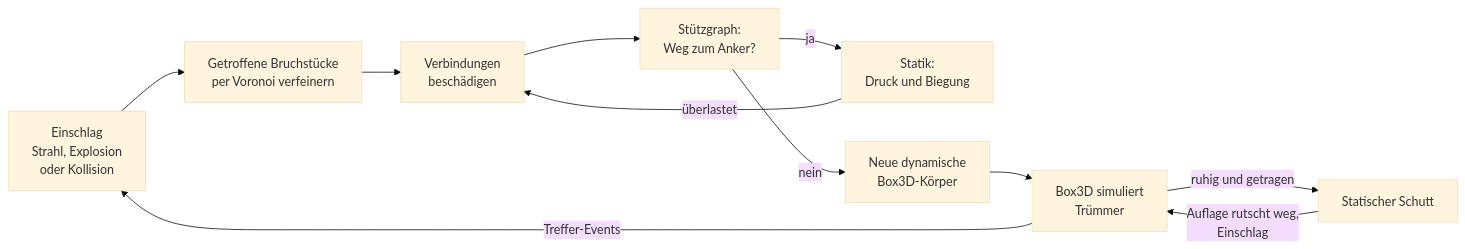
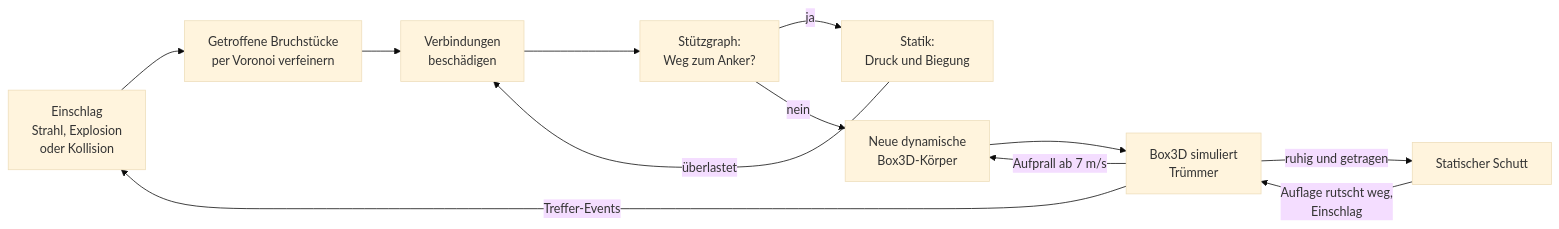
Before and after one commit to Holz231/Nebenan: the diagram in README.md, drawn with Mermaid (base theme). The commit also changed other lines of this file and 3 other files, not shown here.

````diff
--- a/README.md
+++ b/README.md
@@ -155,13 +155,14 @@
 ```mermaid
 flowchart LR
     A[Einschlag<br/>Strahl, Explosion<br/>oder Kollision] --> B[Getroffene Bruchstücke<br/>per Voronoi verfeinern]
     B --> C[Verbindungen<br/>beschädigen]
     C --> D[Stützgraph:<br/>Weg zum Anker?]
     D -->|ja| S[Statik:<br/>Druck und Biegung]
     S -->|überlastet| C
     D -->|nein| E[Neue dynamische<br/>Box3D-Körper]
     E --> G[Box3D simuliert<br/>Trümmer]
     G -->|Treffer-Events| A
+    G -->|Aufprall ab 7 m/s| E
     G -->|ruhig und getragen| H[Statischer Schutt]
     H -->|Auflage rutscht weg,<br/>Einschlag| G
 ```
````
